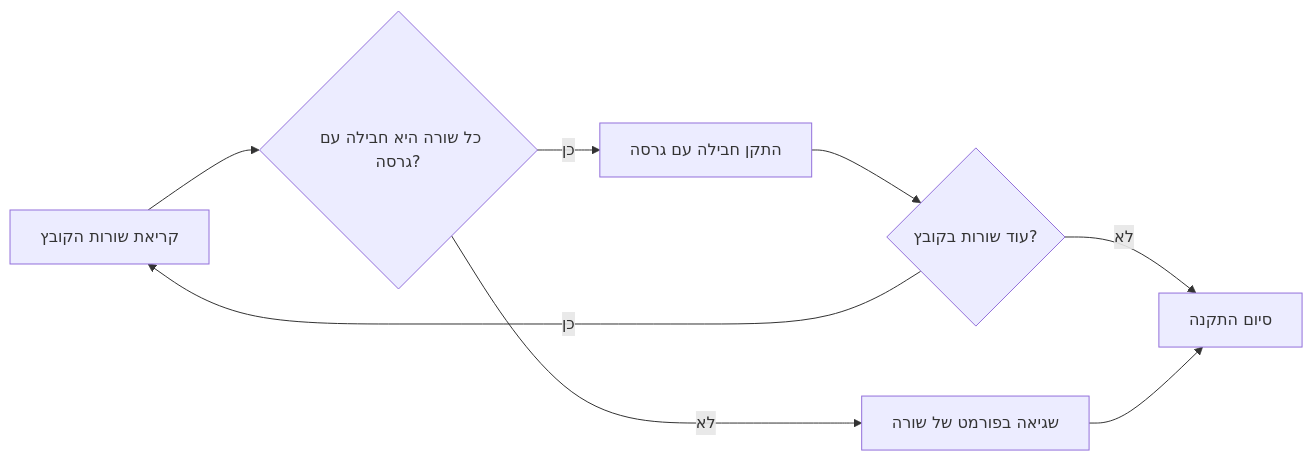
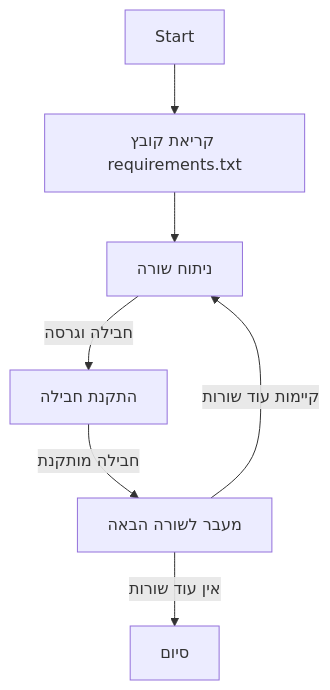
One commit to hypo69/hypo changed the diagram in docs/gemini/he/explainer/src/endpoints/ai_games/101_basic_computer_games/ru/requirements.txt.md. Above: the diagram before and after it, drawn with Mermaid. The commit also changed other lines of this file and 885 other files, not shown here.

````diff
--- a/docs/gemini/he/explainer/src/endpoints/ai_games/101_basic_computer_games/ru/requirements.txt.md
+++ b/docs/gemini/he/explainer/src/endpoints/ai_games/101_basic_computer_games/ru/requirements.txt.md
@@ -12,10 +22,9 @@
 ```mermaid
-graph LR
-    A[קריאת שורות הקובץ] --> B{כל שורה היא חבילה עם גרסה?};
-    B -- כן --> C[התקן חבילה עם גרסה];
-    C --> D{עוד שורות בקובץ?};
-    D -- כן --> A;
-    D -- לא --> E[סיום התקנה];
-    B -- לא --> F[שגיאה בפורמט של שורה];
-    F --> E;
+flowchart TD
+    Start --> ReadFile[קריאת קובץ requirements.txt]
+    ReadFile --> AnalyzeLine[ניתוח שורה]
+    AnalyzeLine -- חבילה וגרסה  --> InstallPackage[התקנת חבילה]
+    InstallPackage -- חבילה מותקנת --> CheckNextLine[מעבר לשורה הבאה]
+    CheckNextLine -- קיימות עוד שורות --> AnalyzeLine
+    CheckNextLine -- אין עוד שורות --> End[סיום]
 ```
````
